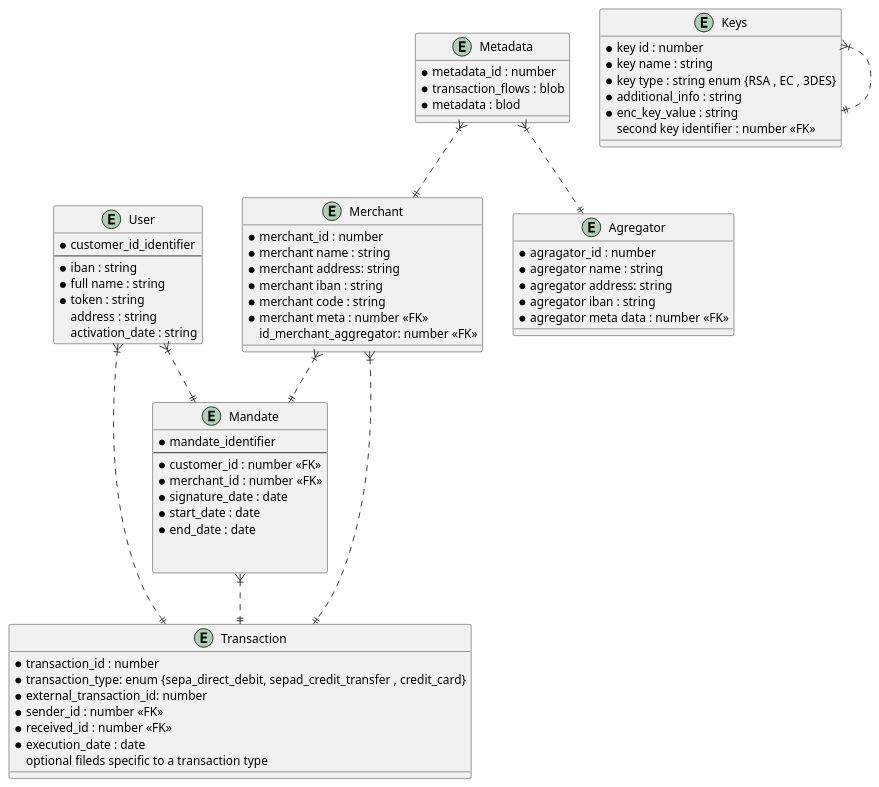
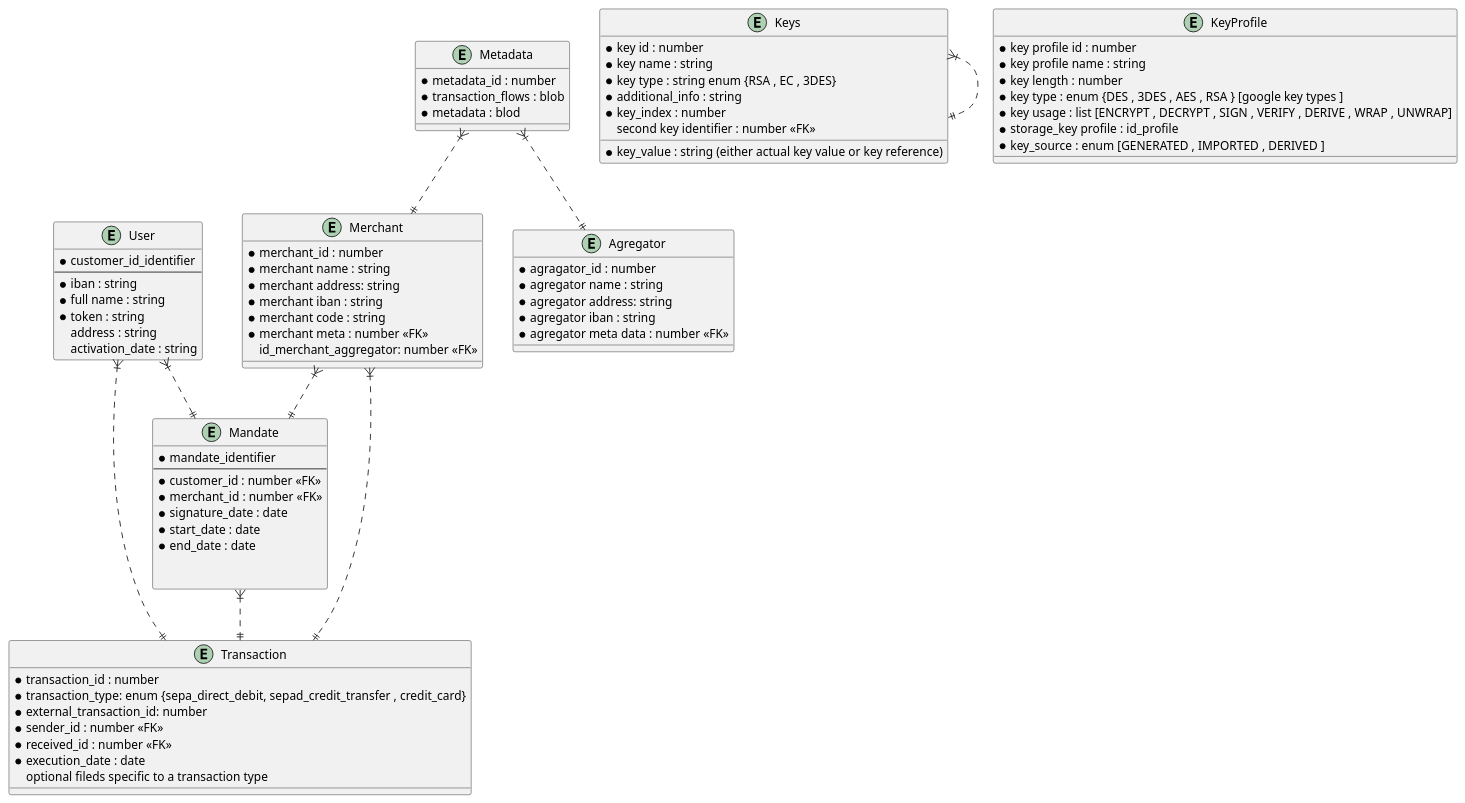
Before and after one commit to saidkhalfaoui/xpay: the diagram in domainservice/src/main/resources/datamodel.puml, drawn with PlantUML.

Commit message:
updated data model for encryption service

```diff
--- a/domainservice/src/main/resources/datamodel.puml
+++ b/domainservice/src/main/resources/datamodel.puml
@@ -1,94 +1,105 @@
 @startuml
 entity User {
   * customer_id_identifier
   --
   * iban : string
   * full name : string
   * token : string
   address : string
   activation_date : string
 }
 
 entity Mandate {
 * mandate_identifier
 --
 * customer_id : number <<FK>>
 * merchant_id : number <<FK>>
 * signature_date : date
 * start_date : date
 * end_date : date
 
 
 }
 
 entity Transaction {
 * transaction_id : number
 * transaction_type: enum {sepa_direct_debit, sepad_credit_transfer , credit_card}
 * external_transaction_id: number
 * sender_id : number <<FK>>
 * received_id : number <<FK>>
 * execution_date : date
 optional fileds specific to a transaction type
 }
 
 entity Merchant {
 * merchant_id : number
 * merchant name : string
 * merchant address: string
 * merchant iban : string
 * merchant code : string
 * merchant meta : number <<FK>>
 id_merchant_aggregator: number <<FK>>
 }
 
 entity  Metadata {
 * metadata_id : number
 * transaction_flows : blob
 * metadata : blod
 
 
 }
 
 entity Agregator
 {
 
 * agragator_id : number
 * agregator name : string
 * agregator address: string
 * agregator iban : string
 * agregator meta data : number <<FK>>
 
 }
 
 entity Keys {
 * key id : number
 * key name : string
 * key type : string enum {RSA , EC , 3DES}
 * additional_info : string
-* enc_key_value : string
+* key_value : string (either actual key value or key reference)
+* key_index : number
 second key identifier : number <<FK>>
 
+}
+
+entity KeyProfile {
+* key profile id : number
+* key profile name : string
+* key length : number
+* key type : enum {DES , 3DES , AES , RSA } [google key types ]
+* key usage : list [ENCRYPT , DECRYPT , SIGN , VERIFY , DERIVE , WRAP , UNWRAP]
+* storage_key profile : id_profile
+* key_source : enum [GENERATED , IMPORTED , DERIVED ]
 }
 
 
 User }|..|| Mandate
 Merchant }|..|| Mandate
 User }|..||Transaction
 Mandate }|..||Transaction
 Merchant }|..||Transaction
 Metadata }|..||Merchant
 Metadata }|..||Agregator
 Keys }|..||Keys
 
 
 
 
 
 
 
 
 
 
 
 
 @enduml
```
